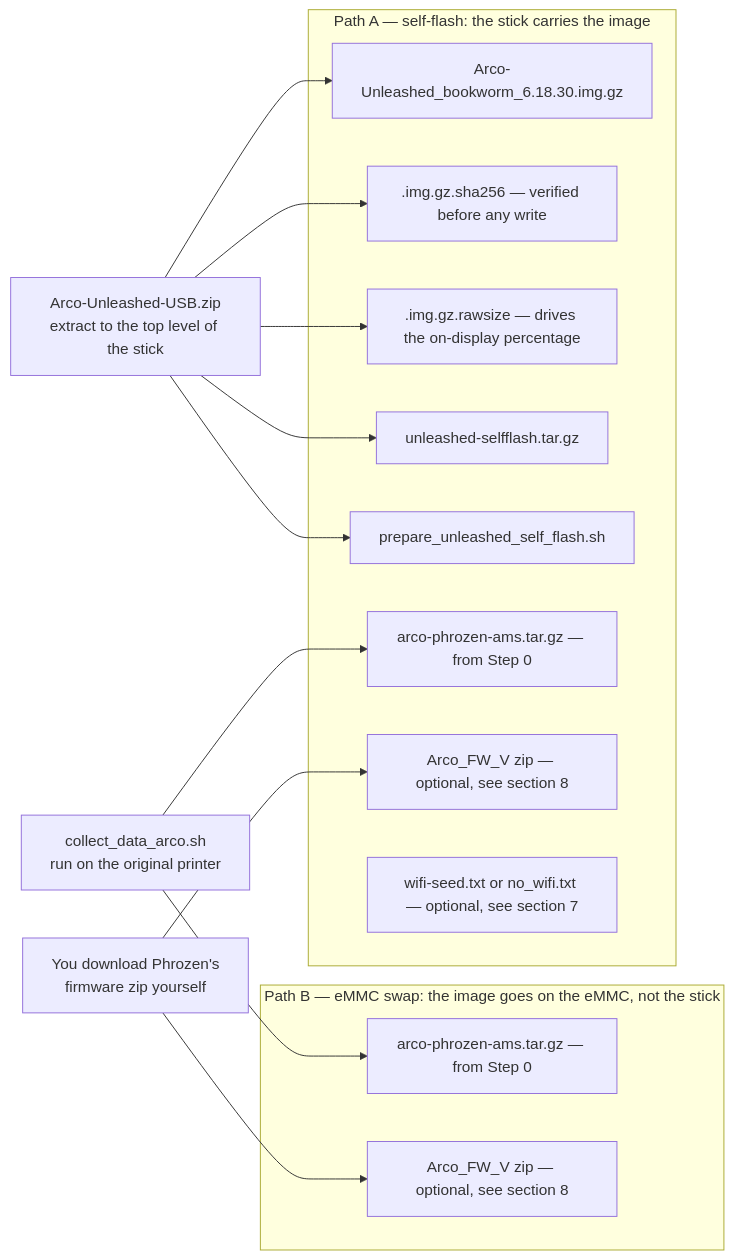
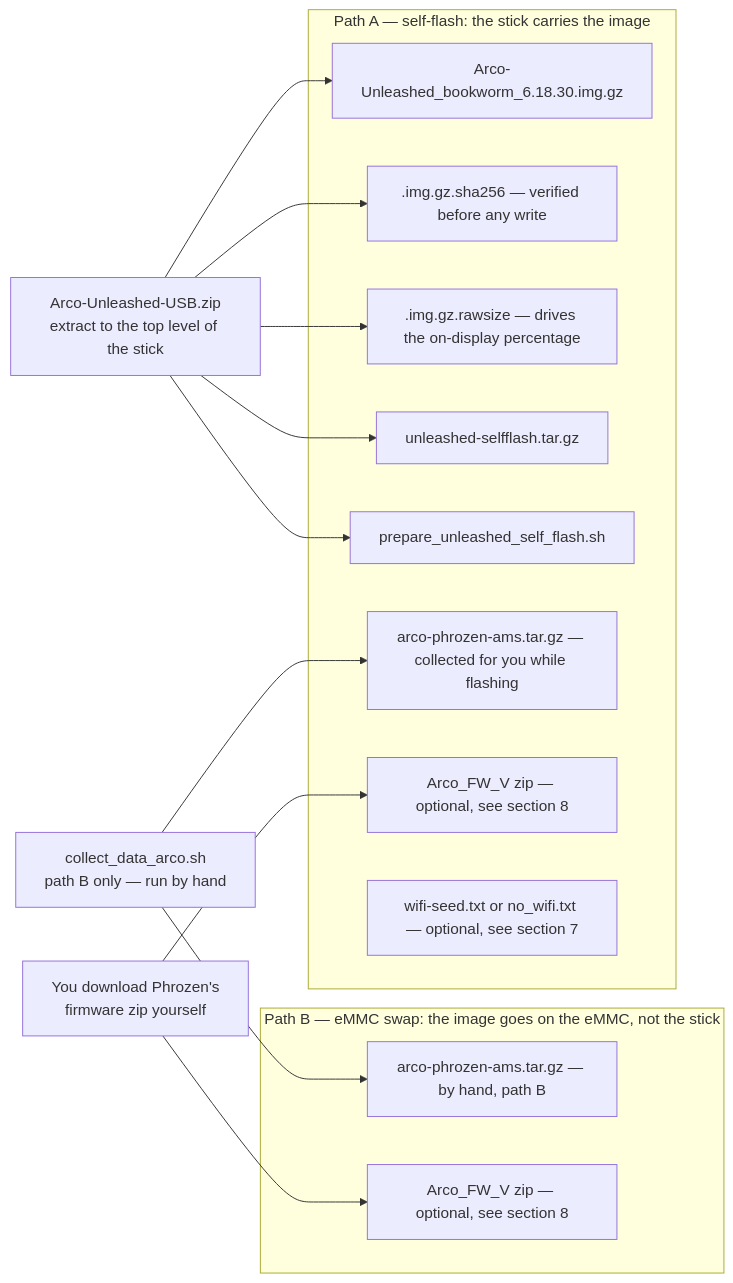
The third of 16 diagrams in INSTALL-FLOWCHARTS.md (solutionphil/arco-unleashed), drawn with Mermaid before and after one commit. The commit also changed other lines of this file and 11 other files, not shown here.

First line of the commit message:
Collect the AMS files during the flash, and offer a menu instead of flags (#91)

````diff
--- a/INSTALL-FLOWCHARTS.md
+++ b/INSTALL-FLOWCHARTS.md
@@ -95,32 +101,32 @@
 ```mermaid
 flowchart LR
     subgraph SA["Path A — self-flash: the stick carries the image"]
         A1["Arco-Unleashed_bookworm_6.18.30.img.gz"]
         A2[".img.gz.sha256 — verified before any write"]
         A3[".img.gz.rawsize — drives the on-display percentage"]
         A4["unleashed-selfflash.tar.gz"]
         A5["prepare_unleashed_self_flash.sh"]
-        A6["arco-phrozen-ams.tar.gz — from Step 0"]
+        A6["arco-phrozen-ams.tar.gz — collected for you while flashing"]
         A7["Arco_FW_V zip — optional, see section 8"]
         A8["wifi-seed.txt or no_wifi.txt — optional, see section 7"]
     end
 
     subgraph SB["Path B — eMMC swap: the image goes on the eMMC, not the stick"]
-        B6["arco-phrozen-ams.tar.gz — from Step 0"]
+        B6["arco-phrozen-ams.tar.gz — by hand, path B"]
         B7["Arco_FW_V zip — optional, see section 8"]
     end
 
     Z["Arco-Unleashed-USB.zip<br/>extract to the top level of the stick"]
-    S0["collect_data_arco.sh<br/>run on the original printer"]
+    S0["collect_data_arco.sh<br/>path B only — run by hand"]
     PH["You download Phrozen's<br/>firmware zip yourself"]
 
     Z --> A1
     Z --> A2
     Z --> A3
     Z --> A4
     Z --> A5
     S0 --> A6
     S0 --> B6
     PH --> A7
     PH --> B7
 ```
````
